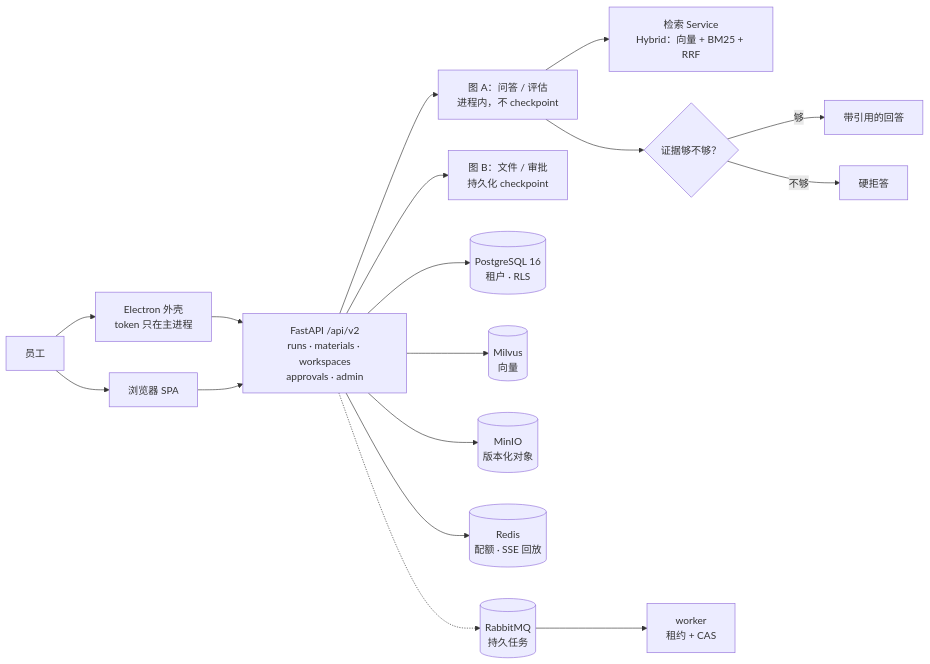
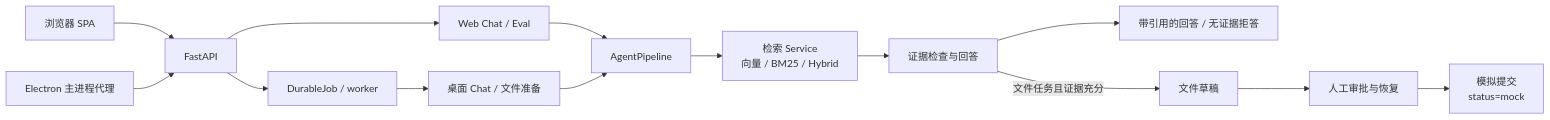
The diagram in README.md (Shen-An/policyflow-ai), drawn with Mermaid before and after one commit. The commit also changed other lines of this file, not shown here.

Commit message:
docs: rewrite README and refresh implementation status

````diff
--- a/README.md
+++ b/README.md
@@ -139,19 +112,16 @@
 ```mermaid
 flowchart LR
-  U["员工"] --> E["Electron 外壳<br/>token 只在主进程"]
-  U --> B["浏览器 SPA"]
-  E --> A["FastAPI /api/v2<br/>runs · materials · workspaces<br/>approvals · admin"]
-  B --> A
-  A --> G1["图 A：问答 / 评估<br/>进程内，不 checkpoint"]
-  A --> G2["图 B：文件 / 审批<br/>持久化 checkpoint"]
-  G1 --> R["检索 Service<br/>Hybrid：向量 + BM25 + RRF"]
-  G1 --> Q{"证据够不够？"}
-  Q -->|够| ANS["带引用的回答"]
-  Q -->|不够| REF["硬拒答"]
-  A --> PG[("PostgreSQL 16<br/>租户 · RLS")]
-  A --> MV[("Milvus<br/>向量")]
-  A --> S3[("MinIO<br/>版本化对象")]
-  A --> RD[("Redis<br/>配额 · SSE 回放")]
-  A -.-> MQ[("RabbitMQ<br/>持久任务")]
-  MQ --> W["worker<br/>租约 + CAS"]
+  B["浏览器 SPA"] --> A["FastAPI"]
+  E["Electron 主进程代理"] --> A
+  A --> C["Web Chat / Eval"]
+  A --> J["DurableJob / worker"]
+  J --> D["桌面 Chat / 文件准备"]
+  C --> P["AgentPipeline"]
+  D --> P
+  P --> R["检索 Service<br/>向量 / BM25 / Hybrid"]
+  R --> G["证据检查与回答"]
+  G --> Q["带引用的回答 / 无证据拒答"]
+  G -->|文件任务且证据充分| F["文件草稿"]
+  F --> H["人工审批与恢复"]
+  H --> M["模拟提交<br/>status=mock"]
 ```
````
